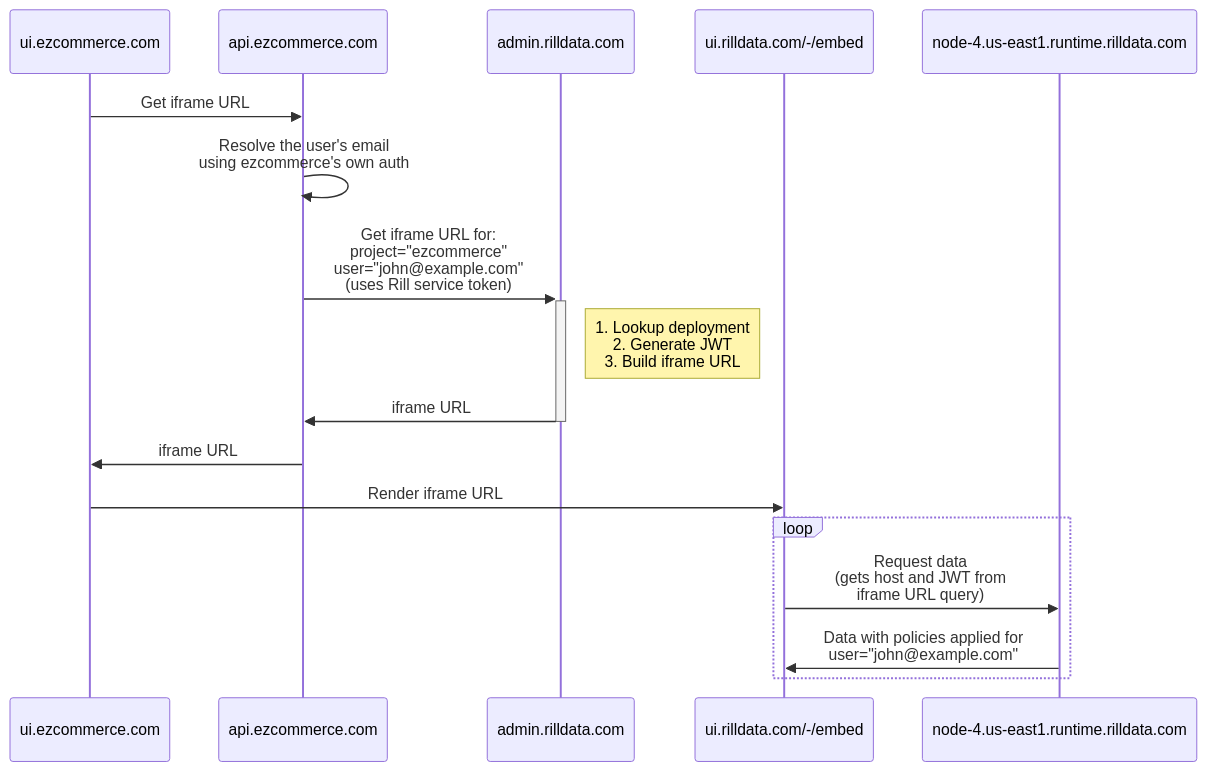
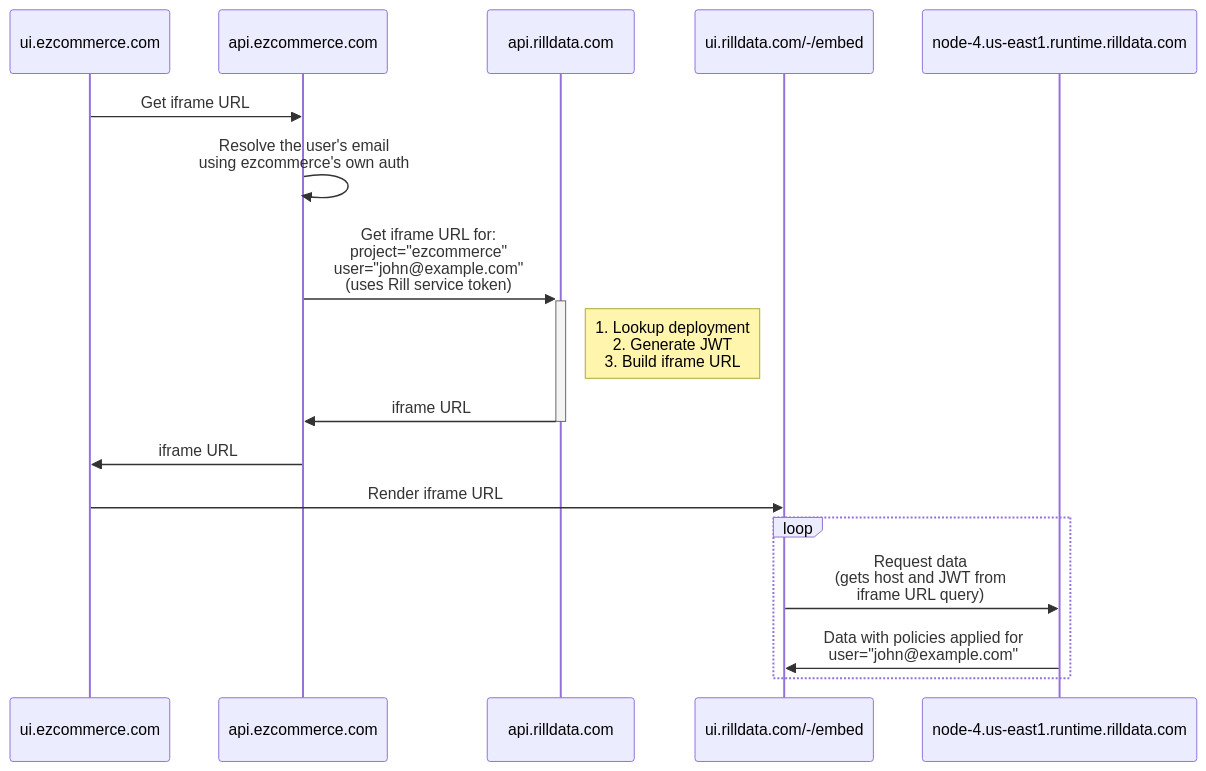
Before and after one commit to rilldata/rill: the diagram in docs/docs/integrate/embedding.md, drawn with Mermaid. The commit also changed other lines of this file and 8 other files, not shown here.

````diff
--- a/docs/docs/integrate/embedding.md
+++ b/docs/docs/integrate/embedding.md
@@ -22,19 +22,19 @@
 ```mermaid
 sequenceDiagram
   participant A as ui.ezcommerce.com
   participant B as api.ezcommerce.com
-  participant C as admin.rilldata.com
+  participant C as api.rilldata.com
   participant D as ui.rilldata.com/-/embed
   participant E as node-4.us-east1.runtime.rilldata.com
   A ->> B: Get iframe URL
   B ->> B: Resolve the user's email <br />using ezcommerce's own auth
   B ->>+ C: Get iframe URL for:<br />project="ezcommerce"<br />user="john@example.com"<br/>(uses Rill service token)
   Note right of C: 1. Lookup deployment<br/>2. Generate JWT<br />3. Build iframe URL
   C ->>- B: iframe URL
   B ->> A: iframe URL
   A ->> D: Render iframe URL
   loop 
     D ->> E: Request data <br />(gets host and JWT from<br /> iframe URL query)
     E ->> D: Data with policies applied for<br />user="john@example.com"
   end
 ```
````
